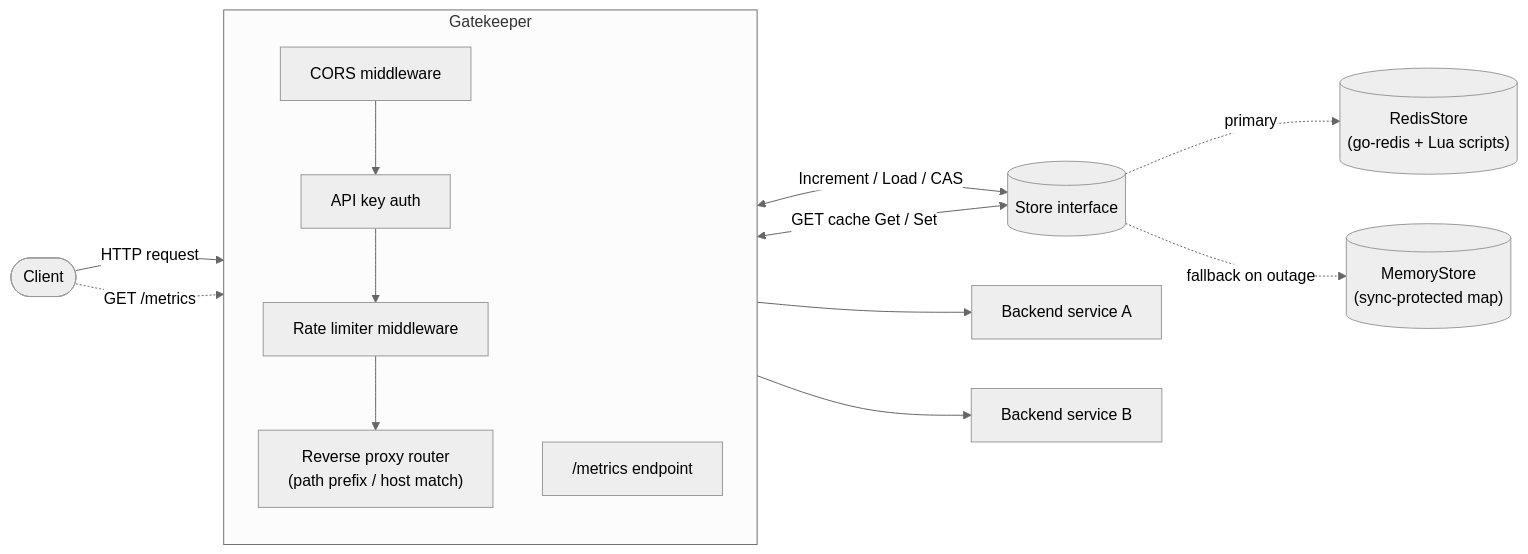
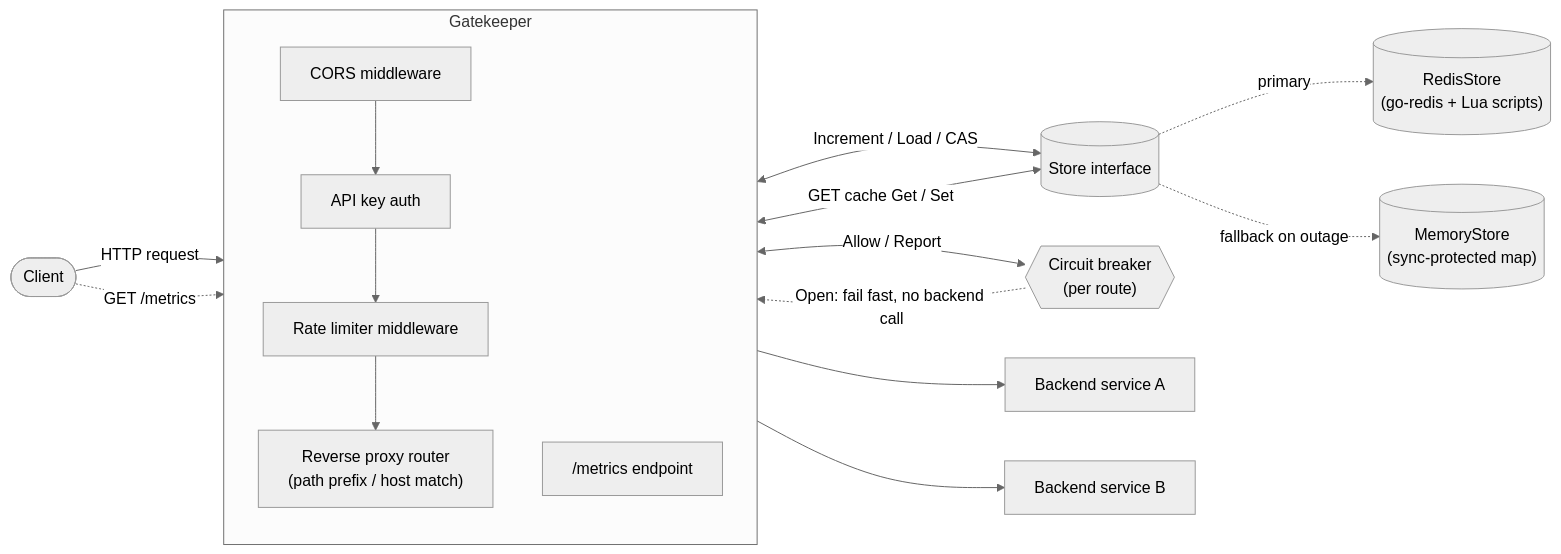
Before and after one commit to Deipedra34/Gatekeeper: the first of 2 diagrams in README.md, drawn with Mermaid (neutral theme). The commit also changed other lines of this file and 8 other files, not shown here.

Commit message:
Add circuit breaker for backend calls

````diff
--- a/README.md
+++ b/README.md
@@ -28,30 +29,33 @@
 ```mermaid
 flowchart LR
     Client([Client])
 
     subgraph GW["Gatekeeper"]
         direction TB
         CORS["CORS middleware"]
         Auth["API key auth"]
         RL["Rate limiter middleware"]
         Proxy["Reverse proxy router\n(path prefix / host match)"]
         Metrics["/metrics endpoint"]
 
         CORS --> Auth --> RL --> Proxy
     end
 
     Store[("Store interface")]
     Mem[("MemoryStore\n(sync-protected map)")]
     Redis[("RedisStore\n(go-redis + Lua scripts)")]
+    CB{{"Circuit breaker\n(per route)"}}
 
     Client -->|HTTP request| CORS
     RL <-->|Increment / Load / CAS| Store
     Proxy <-->|GET cache Get / Set| Store
     Store -.->|primary| Redis
     Store -.->|fallback on outage| Mem
 
+    Proxy <-->|Allow / Report| CB
+    CB -.->|Open: fail fast, no backend call| Proxy
     Proxy --> BackendA["Backend service A"]
     Proxy --> BackendB["Backend service B"]
 
     Client -.->|GET /metrics| Metrics
 ```
````
